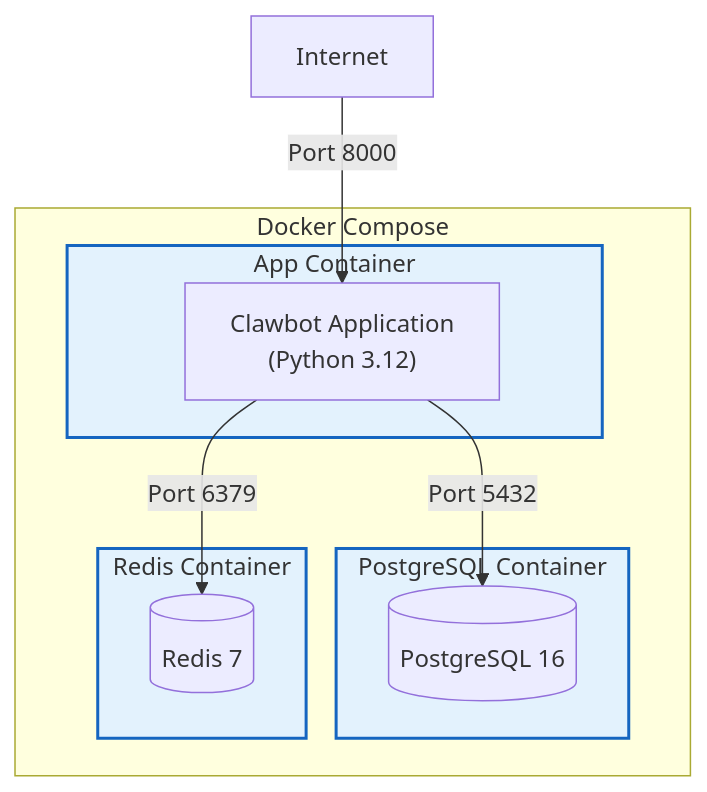
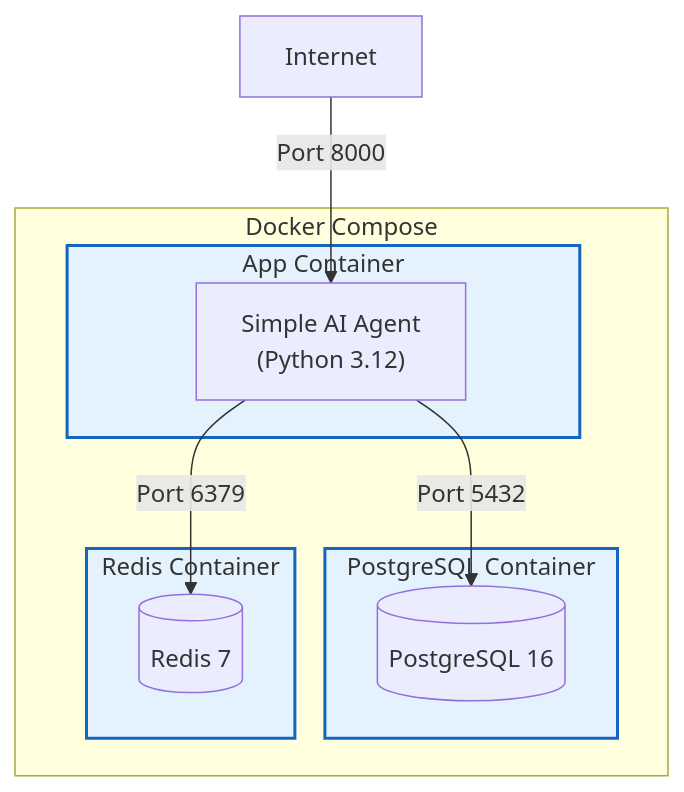
Before and after one commit to Htunn/simple-ai-agent: the second of 3 diagrams in docs/component-diagram.md, drawn with Mermaid. The commit also changed other lines of this file and 3 other files, not shown here.

First line of the commit message:
Rename from clawbot to simple-ai-agent across documentation

````diff
--- a/docs/component-diagram.md
+++ b/docs/component-diagram.md
@@ -202,23 +202,23 @@
 ```mermaid
 flowchart TB
     subgraph Docker["Docker Compose"]
         subgraph AppContainer["App Container"]
-            App["Clawbot Application<br/>(Python 3.12)"]
+            App["Simple AI Agent<br/>(Python 3.12)"]
         end
         subgraph DBContainer["PostgreSQL Container"]
             DB[("PostgreSQL 16")]
         end
         subgraph CacheContainer["Redis Container"]
             Cache[("Redis 7")]
         end
     end
 
     Internet["Internet"]
     
     Internet -->|Port 8000| App
     App -->|Port 5432| DB
     App -->|Port 6379| Cache
     
     classDef container fill:#e3f2fd,stroke:#1565c0,stroke-width:2px
     class AppContainer,DBContainer,CacheContainer container
 ```
````
